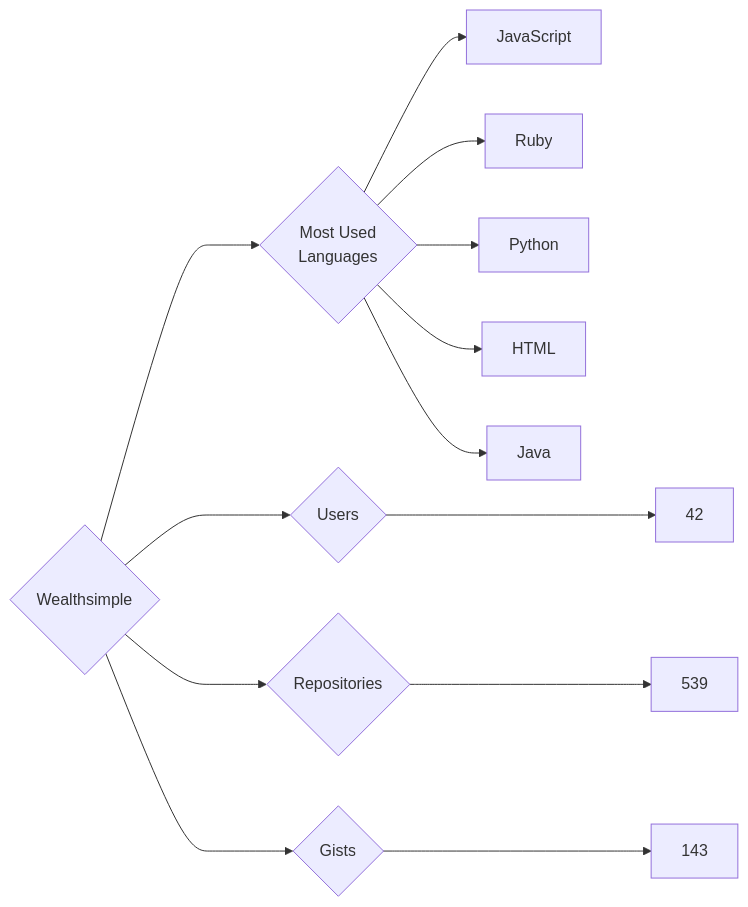
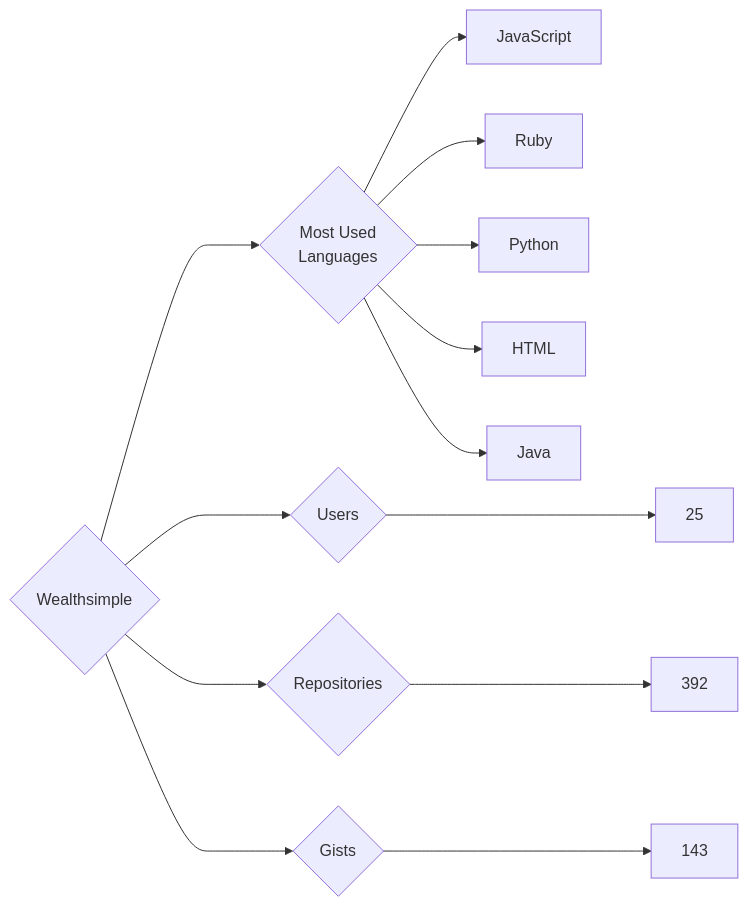
One commit to trickest/insiders changed the diagram in targets/Wealthsimple/README.md. Above: the diagram before and after it, drawn with Mermaid. The commit also changed 681 other files, not shown here.

````diff
--- a/targets/Wealthsimple/README.md
+++ b/targets/Wealthsimple/README.md
@@ -3,13 +3,13 @@
 ```mermaid
 graph LR
 COMPANY_NAME{Wealthsimple}
-COMPANY_NAME ---> U{Users} ---> UN[42]
-COMPANY_NAME ---> R{Repositories} ---> RN[539]
+COMPANY_NAME ---> U{Users} ---> UN[25]
+COMPANY_NAME ---> R{Repositories} ---> RN[392]
 COMPANY_NAME ---> G{Gists} ---> GN[143]
 COMPANY_NAME ---> ML{Most Used<br>Languages}
 ML --> JavaScript[JavaScript]
 ML --> Ruby[Ruby]
 ML --> Python[Python]
 ML --> HTML[HTML]
 ML --> Java[Java]
 ```
````
